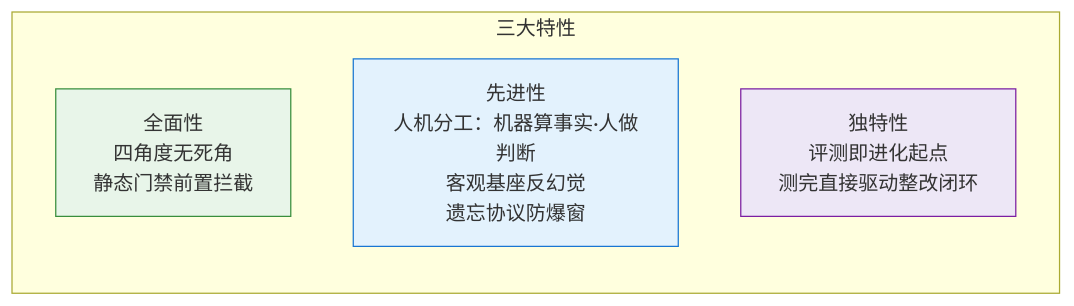
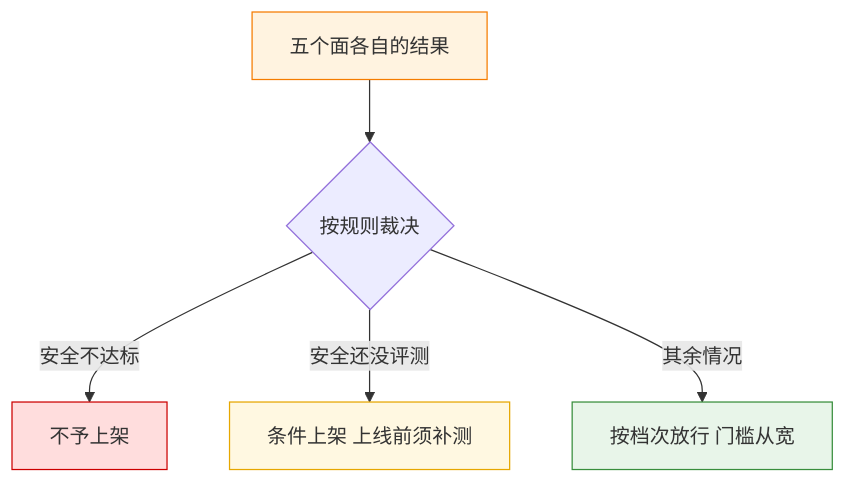
One commit to huanggq26/skill-evaluator changed diagram 11 of 14 in references/skill-evaluation-system.md. Above: the diagram before and after it, drawn with Mermaid. The commit also changed other lines of this file, not shown here.

````diff
--- a/references/skill-evaluation-system.md
+++ b/references/skill-evaluation-system.md
@@ -313,11 +372,11 @@
 ```mermaid
-flowchart LR
-    subgraph 特性[三大特性]
-        全[全面性<br/>四角度无死角<br/>静态门禁前置拦截]
-        先[先进性<br/>人机分工：机器算事实·人做判断<br/>客观基座反幻觉<br/>遗忘协议防爆窗]
-        独[独特性<br/>评测即进化起点<br/>测完直接驱动整改闭环]
-    end
-    style 全 fill:#e8f5e9,stroke:#388e3c
-    style 先 fill:#e3f2fd,stroke:#1976d2
-    style 独 fill:#ede7f6,stroke:#7b1fa2
+flowchart TB
+    各面得分[五个面各自的结果] --> 裁决2{按规则裁决}
+    裁决2 -->|安全不达标| 否2[不予上架]
+    裁决2 -->|安全还没评测| 挂2[条件上架 上线前须补测]
+    裁决2 -->|其余情况| 档2[按档次放行 门槛从宽]
+    style 各面得分 fill:#fff3e0,stroke:#f57c00
+    style 否2 fill:#fdd,stroke:#c00
+    style 挂2 fill:#fff8e1,stroke:#e6a700
+    style 档2 fill:#e8f5e9,stroke:#388e3c
 ```
````
